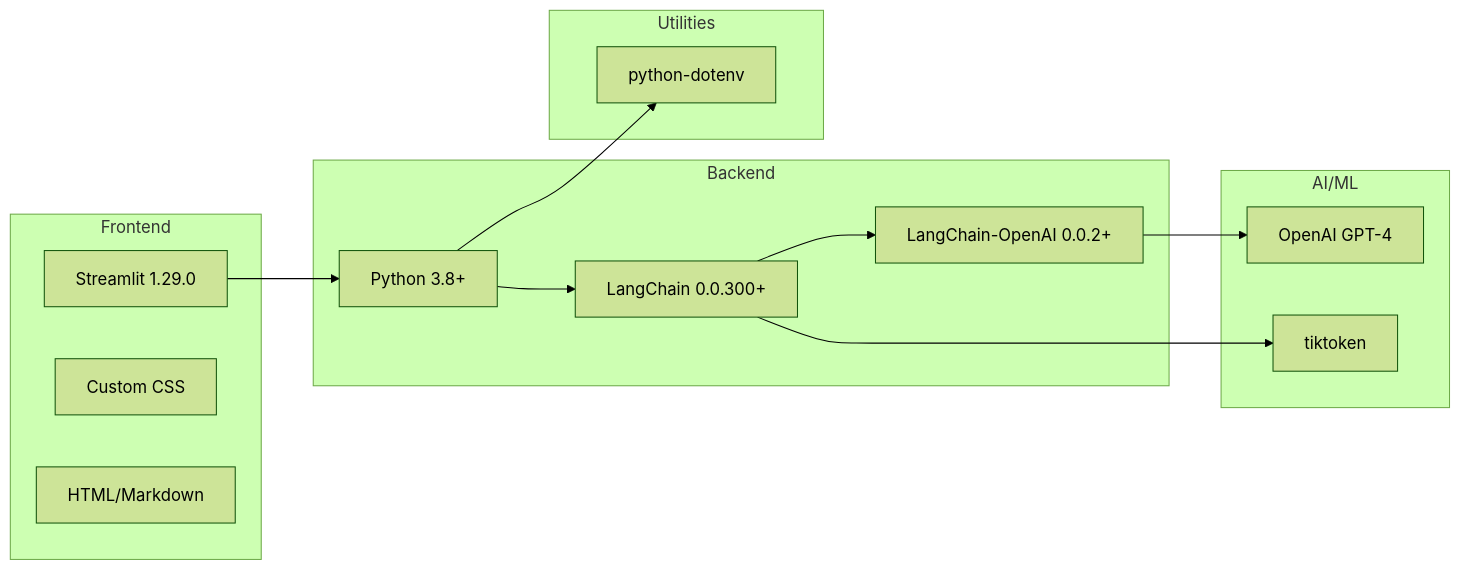
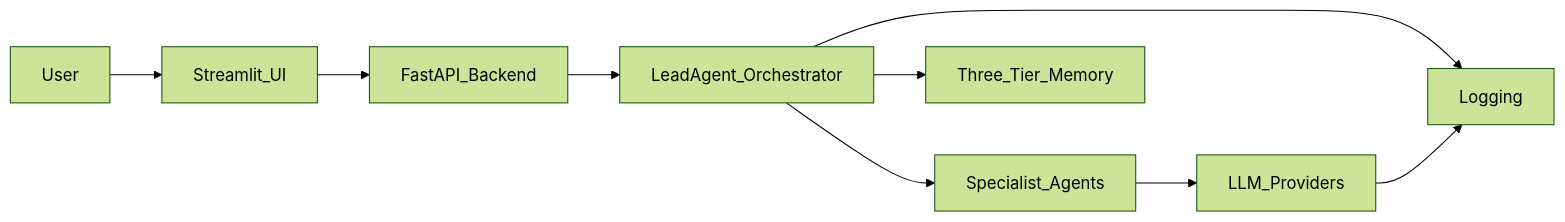
One commit to jaydeepgami56/PatientPal changed the first of 2 diagrams in README.md. Above: the diagram before and after it, drawn with Mermaid (forest theme). The commit also changed other lines of this file, not shown here.

````diff
--- a/README.md
+++ b/README.md
@@ -248,30 +8,11 @@
 ```mermaid
 graph LR
-    subgraph "Frontend"
-        A[Streamlit 1.29.0]
-        B[Custom CSS]
-        C[HTML/Markdown]
-    end
-
-    subgraph "Backend"
-        D[Python 3.8+]
-        E[LangChain 0.0.300+]
-        F[LangChain-OpenAI 0.0.2+]
-    end
-
-    subgraph "AI/ML"
-        G[OpenAI GPT-4]
-        H[tiktoken]
-    end
-
-    subgraph "Utilities"
-        I[python-dotenv]
-    end
-
-    A --> D
-    D --> E
-    E --> F
-    F --> G
-    D --> I
-    E --> H
+    U[User] --> S[Streamlit_UI]
+    S --> API[FastAPI_Backend]
+    API --> O[LeadAgent_Orchestrator]
+    O --> A[Specialist_Agents]
+    A --> LLM[LLM_Providers]
+    O --> M[Three_Tier_Memory]
+    O --> LOG[Logging]
+    LLM --> LOG
 ```
````
